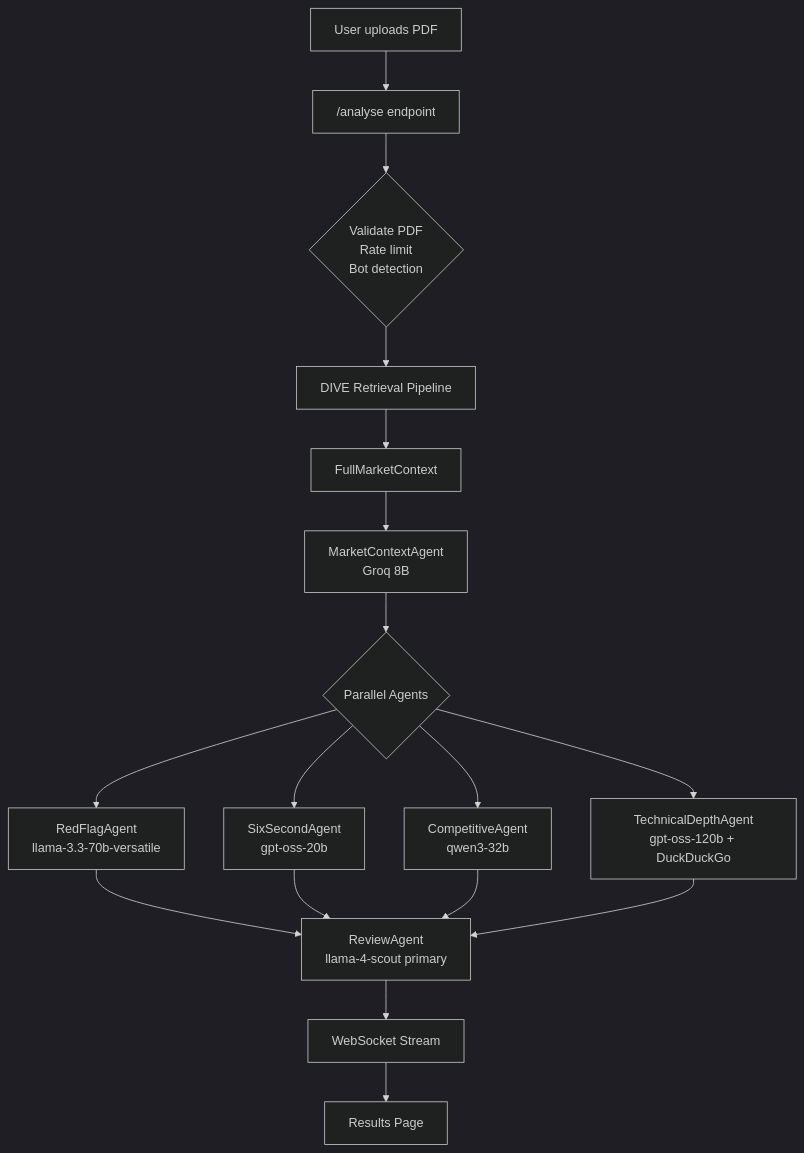
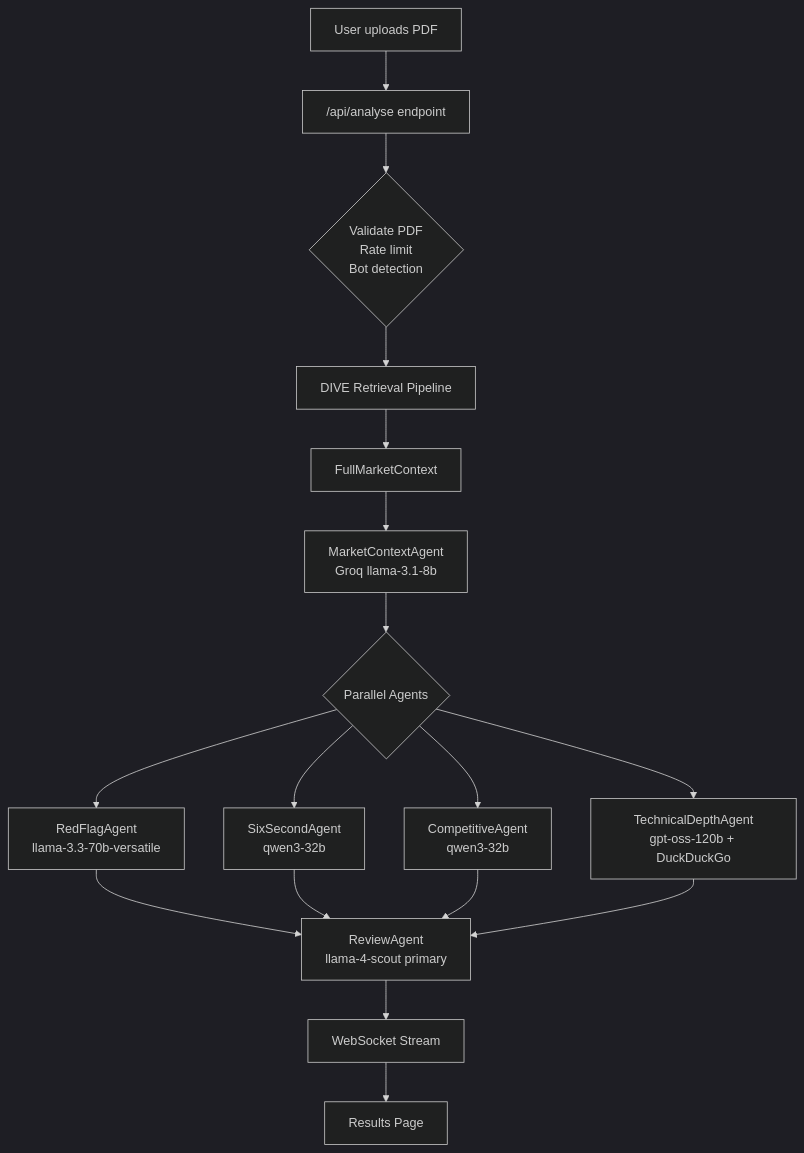
One commit to Sarv2024aimlco/roast changed the first of 4 diagrams in README.md. Above: the diagram before and after it, drawn with Mermaid (dark theme). The commit also changed other lines of this file, not shown here.

````diff
--- a/README.md
+++ b/README.md
@@ -56,16 +57,16 @@
 ```mermaid
 flowchart TD
-    A[User uploads PDF] --> B["/analyse endpoint"]
+    A[User uploads PDF] --> B["/api/analyse endpoint"]
     B --> C{Validate PDF\nRate limit\nBot detection}
     C --> D[DIVE Retrieval Pipeline]
     D --> E[FullMarketContext]
-    E --> G[MarketContextAgent\nGroq 8B]
+    E --> G[MarketContextAgent\nGroq llama-3.1-8b]
     G --> H{Parallel Agents}
     H --> I[RedFlagAgent\nllama-3.3-70b-versatile]
-    H --> J[SixSecondAgent\ngpt-oss-20b]
+    H --> J[SixSecondAgent\nqwen3-32b]
     H --> K[CompetitiveAgent\nqwen3-32b]
     H --> L[TechnicalDepthAgent\ngpt-oss-120b + DuckDuckGo]
     I & J & K & L --> M[ReviewAgent\nllama-4-scout primary]
     M --> N[WebSocket Stream]
     N --> O[Results Page]
 ```
````
